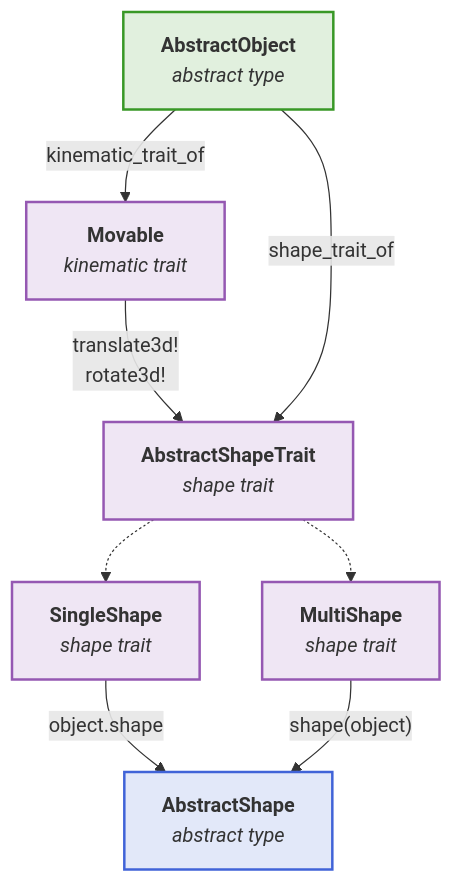
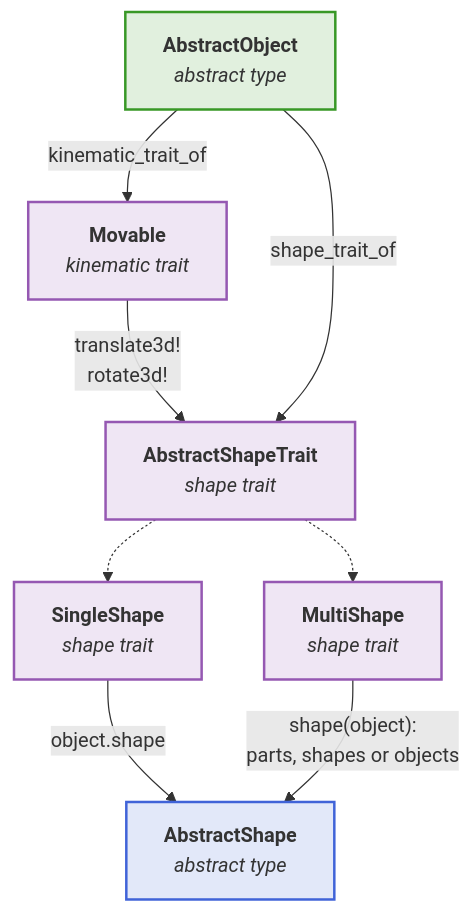
Before and after one commit to JuliaPhysics/BeamletOptics.jl: the diagram in docs/src/api/geometry.md, drawn with Mermaid. The commit also changed 94 other files, not shown here.

````diff
--- a/docs/src/api/geometry.md
+++ b/docs/src/api/geometry.md
@@ -9,24 +9,24 @@
 ```mermaid
 flowchart TB
     OBJ["<b>AbstractObject</b><br/><i>abstract type</i>"]
     MV["<b>Movable</b><br/><i>kinematic trait</i>"]
     TRT["<b>AbstractShapeTrait</b><br/><i>shape trait</i>"]
     SGL["<b>SingleShape</b><br/><i>shape trait</i>"]
     MLT["<b>MultiShape</b><br/><i>shape trait</i>"]
     SHP["<b>AbstractShape</b><br/><i>abstract type</i>"]
 
     OBJ -- kinematic_trait_of --> MV
     MV -- "translate3d!<br/>rotate3d!" --> TRT
     OBJ -- shape_trait_of --> TRT
     TRT -.-> SGL
     TRT -.-> MLT
     SGL -- object.shape --> SHP
-    MLT -- "shape(object)" --> SHP
+    MLT -- "shape(object):<br/>parts, shapes or objects" --> SHP
 
     classDef blue fill:#4063D826,stroke:#4063D8,stroke-width:2px
     classDef green fill:#38982626,stroke:#389826,stroke-width:2px
     classDef purple fill:#9558B226,stroke:#9558B2,stroke-width:2px
     class SHP blue
     class OBJ green
     class MV,TRT,SGL,MLT purple
 ```
````
